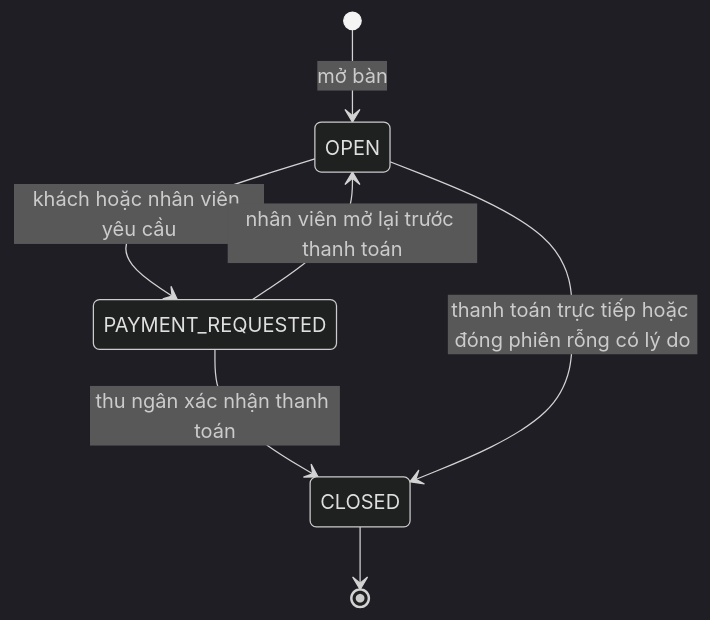
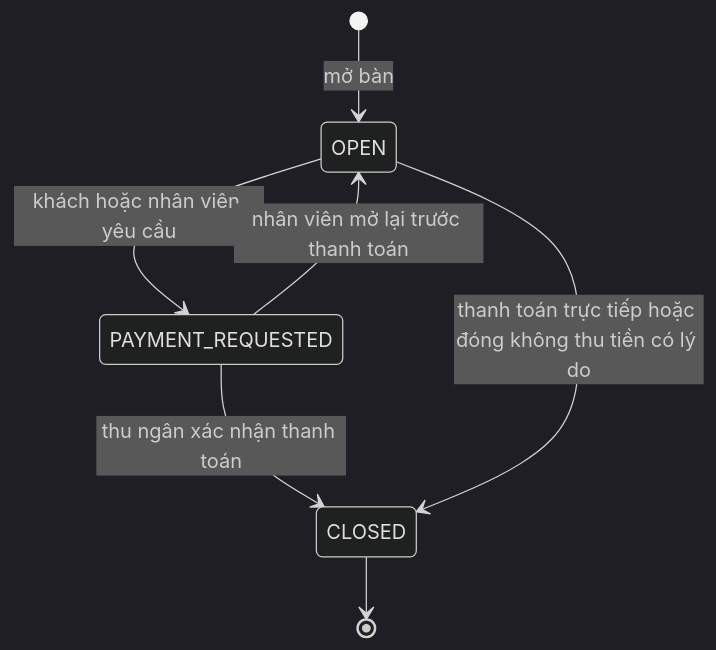
One commit to itzBaowy/DineFlow changed the second of 4 diagrams in docs/state-machines.md. Above: the diagram before and after it, drawn with Mermaid (dark theme). The commit also changed other lines of this file and 6 other files, not shown here.

````diff
--- a/docs/state-machines.md
+++ b/docs/state-machines.md
@@ -13,9 +13,9 @@
 ```mermaid
 stateDiagram-v2
   [*] --> OPEN: mở bàn
   OPEN --> PAYMENT_REQUESTED: khách hoặc nhân viên yêu cầu
   PAYMENT_REQUESTED --> OPEN: nhân viên mở lại trước thanh toán
   PAYMENT_REQUESTED --> CLOSED: thu ngân xác nhận thanh toán
-  OPEN --> CLOSED: thanh toán trực tiếp hoặc đóng phiên rỗng có lý do
+  OPEN --> CLOSED: thanh toán trực tiếp hoặc đóng không thu tiền có lý do
   CLOSED --> [*]
 ```
````
